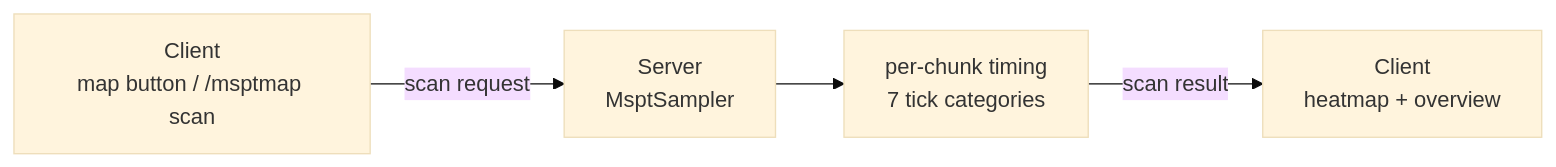
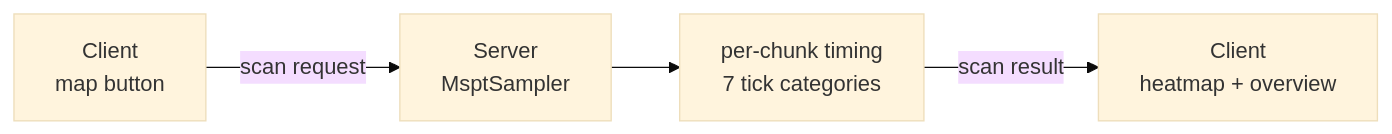
One commit to Drizzle379/MsptMap changed the diagram in README.md. Above: the diagram before and after it, drawn with Mermaid (base theme). The commit also changed other lines of this file and 11 other files, not shown here.

Commit message:
feat(client): relay access and monitor to the server and trim the local commands

````diff
--- a/README.md
+++ b/README.md
@@ -162,6 +156,6 @@
 ```mermaid
 flowchart LR
-    A["Client<br/>map button / /msptmap scan"] -->|scan request| B["Server<br/>MsptSampler"]
+    A["Client<br/>map button"] -->|scan request| B["Server<br/>MsptSampler"]
     B --> C["per-chunk timing<br/>7 tick categories"]
     C -->|scan result| D["Client<br/>heatmap + overview"]
 ```
````
